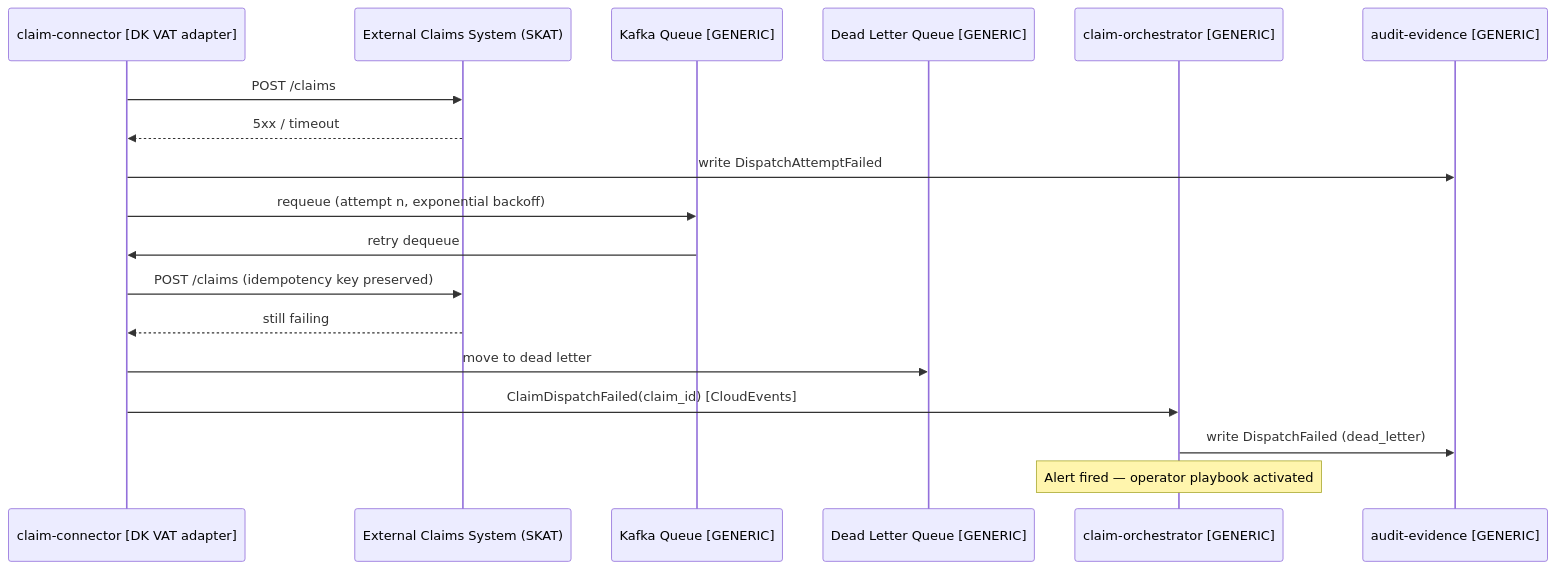
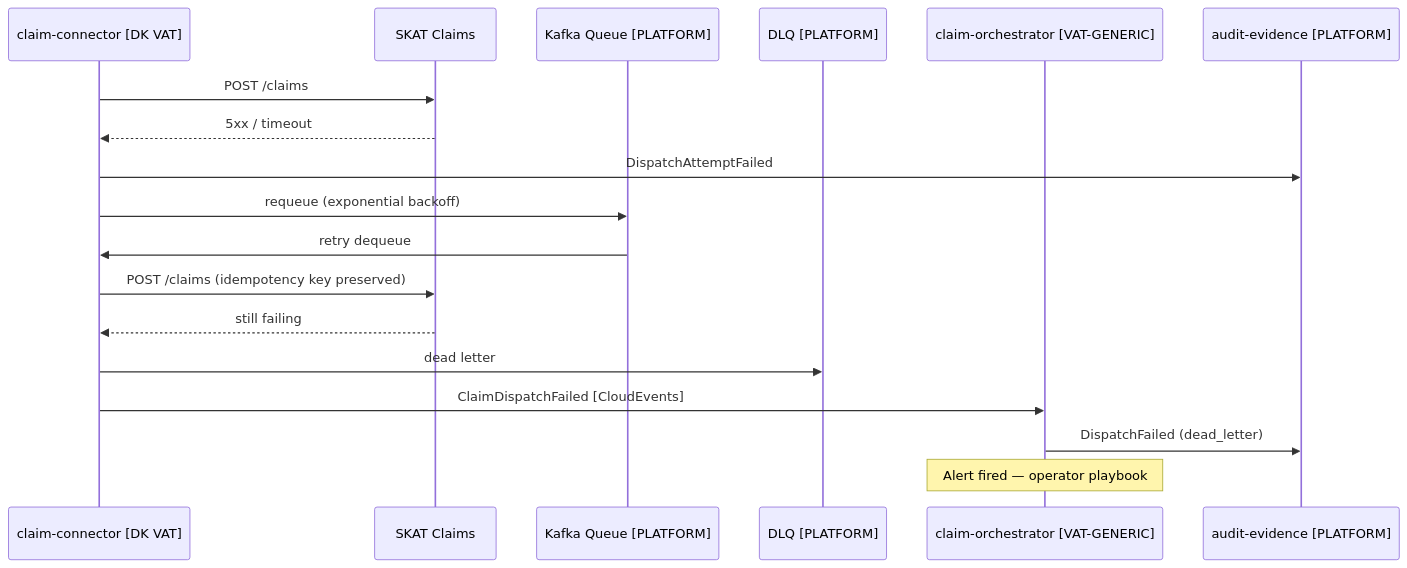
One commit to nc-tbi/VATRI-Codex changed the eighth of 11 diagrams in design/01-vat-filing-assessment-solution-design.md. Above: the diagram before and after it, drawn with Mermaid. The commit also changed other lines of this file and 15 other files, not shown here.

````diff
--- a/design/01-vat-filing-assessment-solution-design.md
+++ b/design/01-vat-filing-assessment-solution-design.md
@@ -246,21 +354,21 @@
 ```mermaid
 sequenceDiagram
-    participant CC as claim-connector [DK VAT adapter]
-    participant ECS as External Claims System (SKAT)
-    participant Q as Kafka Queue [GENERIC]
-    participant DLQ as Dead Letter Queue [GENERIC]
-    participant CO as claim-orchestrator [GENERIC]
-    participant AE as audit-evidence [GENERIC]
+    participant CC as claim-connector [DK VAT]
+    participant ECS as SKAT Claims
+    participant Q as Kafka Queue [PLATFORM]
+    participant DLQ as DLQ [PLATFORM]
+    participant CO as claim-orchestrator [VAT-GENERIC]
+    participant AE as audit-evidence [PLATFORM]
 
     CC->>ECS: POST /claims
     ECS-->>CC: 5xx / timeout
-    CC->>AE: write DispatchAttemptFailed
-    CC->>Q: requeue (attempt n, exponential backoff)
+    CC->>AE: DispatchAttemptFailed
+    CC->>Q: requeue (exponential backoff)
     Q->>CC: retry dequeue
     CC->>ECS: POST /claims (idempotency key preserved)
     ECS-->>CC: still failing
-    CC->>DLQ: move to dead letter
-    CC->>CO: ClaimDispatchFailed(claim_id) [CloudEvents]
-    CO->>AE: write DispatchFailed (dead_letter)
-    Note over CO: Alert fired — operator playbook activated
+    CC->>DLQ: dead letter
+    CC->>CO: ClaimDispatchFailed [CloudEvents]
+    CO->>AE: DispatchFailed (dead_letter)
+    Note over CO: Alert fired — operator playbook
 ```
````
